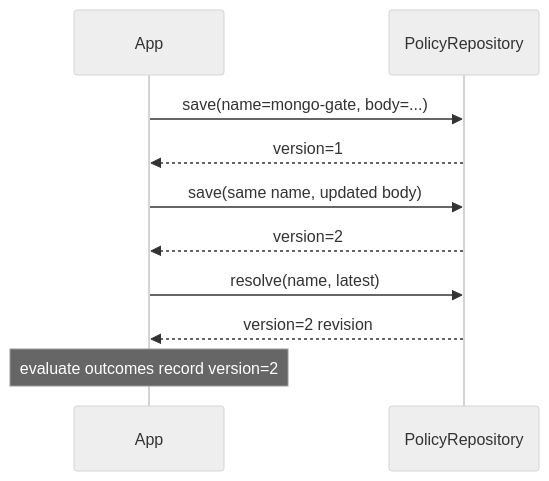
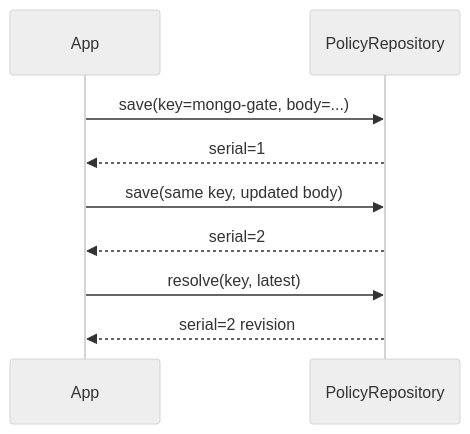
The second of 3 diagrams in docs/design/policy/model.md (qpointz/objs), drawn with Mermaid (neutral theme) before and after one commit. The commit also changed other lines of this file and 26 other files, not shown here.

````diff
--- a/docs/design/policy/model.md
+++ b/docs/design/policy/model.md
@@ -43,12 +44,11 @@
 ```mermaid
 sequenceDiagram
   participant App
   participant Repo as PolicyRepository
-  App->>Repo: save(name=mongo-gate, body=...)
-  Repo-->>App: version=1
-  App->>Repo: save(same name, updated body)
-  Repo-->>App: version=2
-  App->>Repo: resolve(name, latest)
-  Repo-->>App: version=2 revision
-  Note over App: evaluate outcomes record version=2
+  App->>Repo: save(key=mongo-gate, body=...)
+  Repo-->>App: serial=1
+  App->>Repo: save(same key, updated body)
+  Repo-->>App: serial=2
+  App->>Repo: resolve(key, latest)
+  Repo-->>App: serial=2 revision
 ```
````
